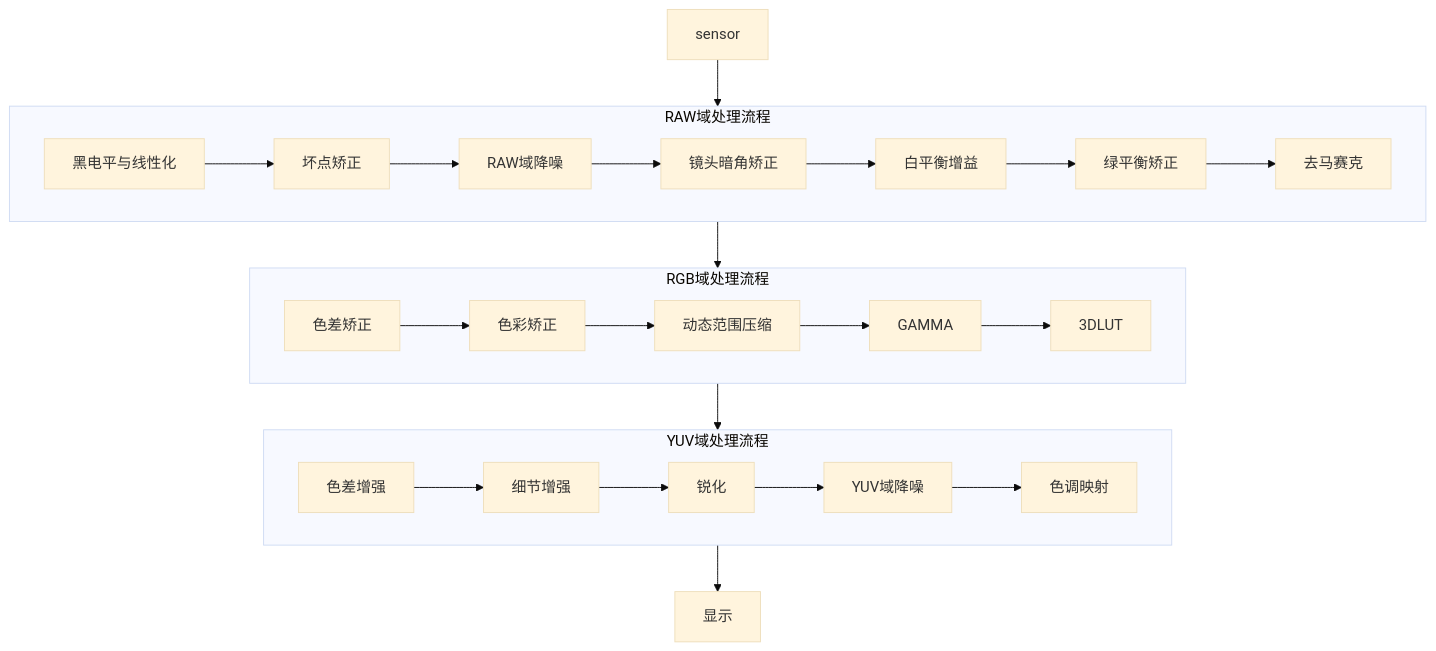
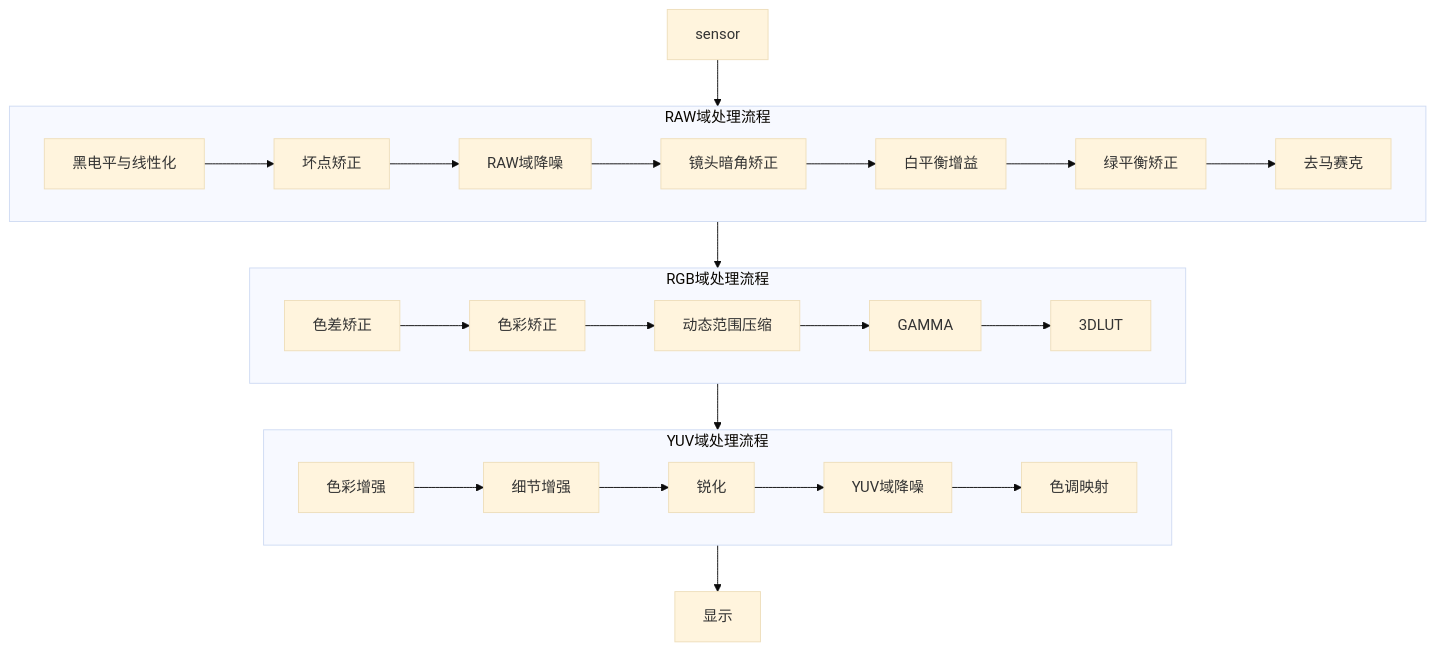
One commit to KinChow/MyKnowledge changed the diagram in content/wiki/multimedia/isp-system.md. Above: the diagram before and after it, drawn with Mermaid (base theme). The commit also changed other lines of this file and 184 other files, not shown here.

````diff
--- a/content/wiki/multimedia/isp-system.md
+++ b/content/wiki/multimedia/isp-system.md
@@ -108,30 +64,16 @@
 ```mermaid
 flowchart TD
-	subgraph raw[RAW域处理流程]
-		direction LR
-		黑电平与线性化-->坏点矫正
-		坏点矫正-->RAW域降噪
-		RAW域降噪-->镜头暗角矫正
-		镜头暗角矫正-->白平衡增益
-		白平衡增益-->绿平衡矫正
-		绿平衡矫正-->去马赛克
-	end
-	subgraph rgb[RGB域处理流程]
-		direction LR
-		色差矫正-->色彩矫正
-		色彩矫正-->动态范围压缩
-		动态范围压缩-->GAMMA
-		GAMMA-->3DLUT
-	end
-	subgraph yuv[YUV域处理流程]
-		direction LR
-		色差增强-->细节增强
-		细节增强-->锐化
-		锐化-->YUV域降噪
-		YUV域降噪-->色调映射
-	end
-	sensor-->raw
-	raw-->rgb
-	rgb-->yuv
-	yuv-->显示
+  subgraph raw[RAW域处理流程]
+    direction LR
+    黑电平与线性化-->坏点矫正-->RAW域降噪-->镜头暗角矫正-->白平衡增益-->绿平衡矫正-->去马赛克
+  end
+  subgraph rgb[RGB域处理流程]
+    direction LR
+    色差矫正-->色彩矫正-->动态范围压缩-->GAMMA-->3DLUT
+  end
+  subgraph yuv[YUV域处理流程]
+    direction LR
+    色彩增强-->细节增强-->锐化-->YUV域降噪-->色调映射
+  end
+  sensor-->raw-->rgb-->yuv-->显示
 ```
````
